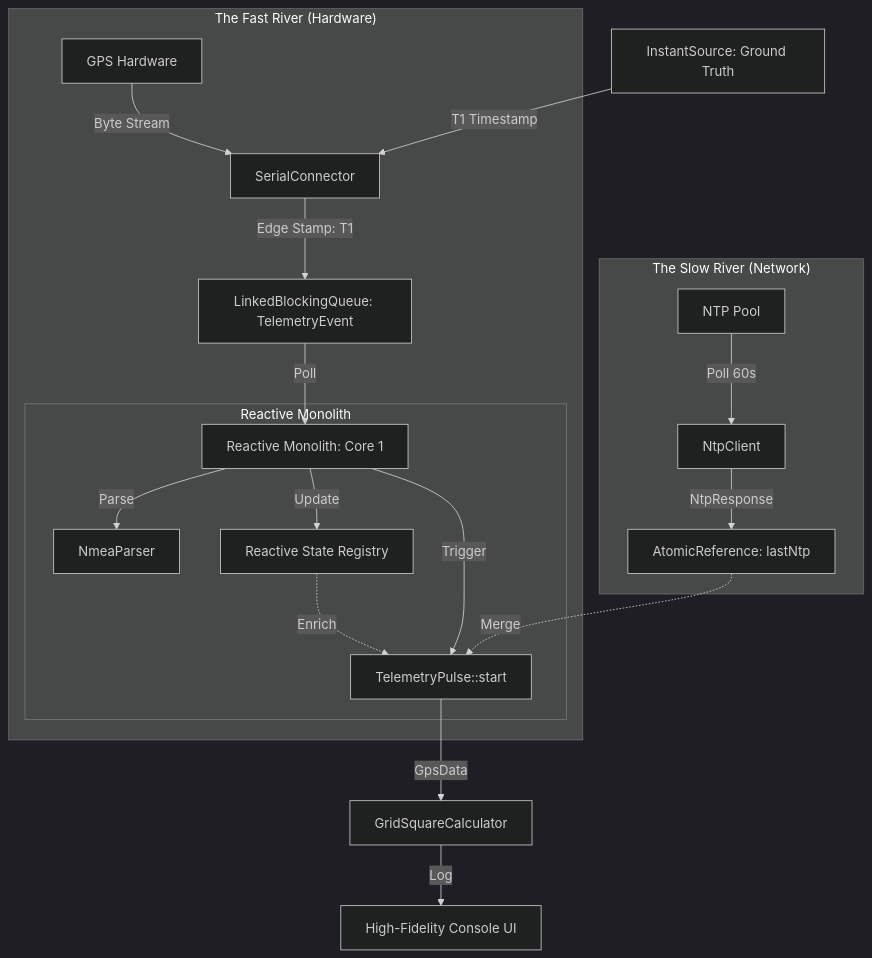
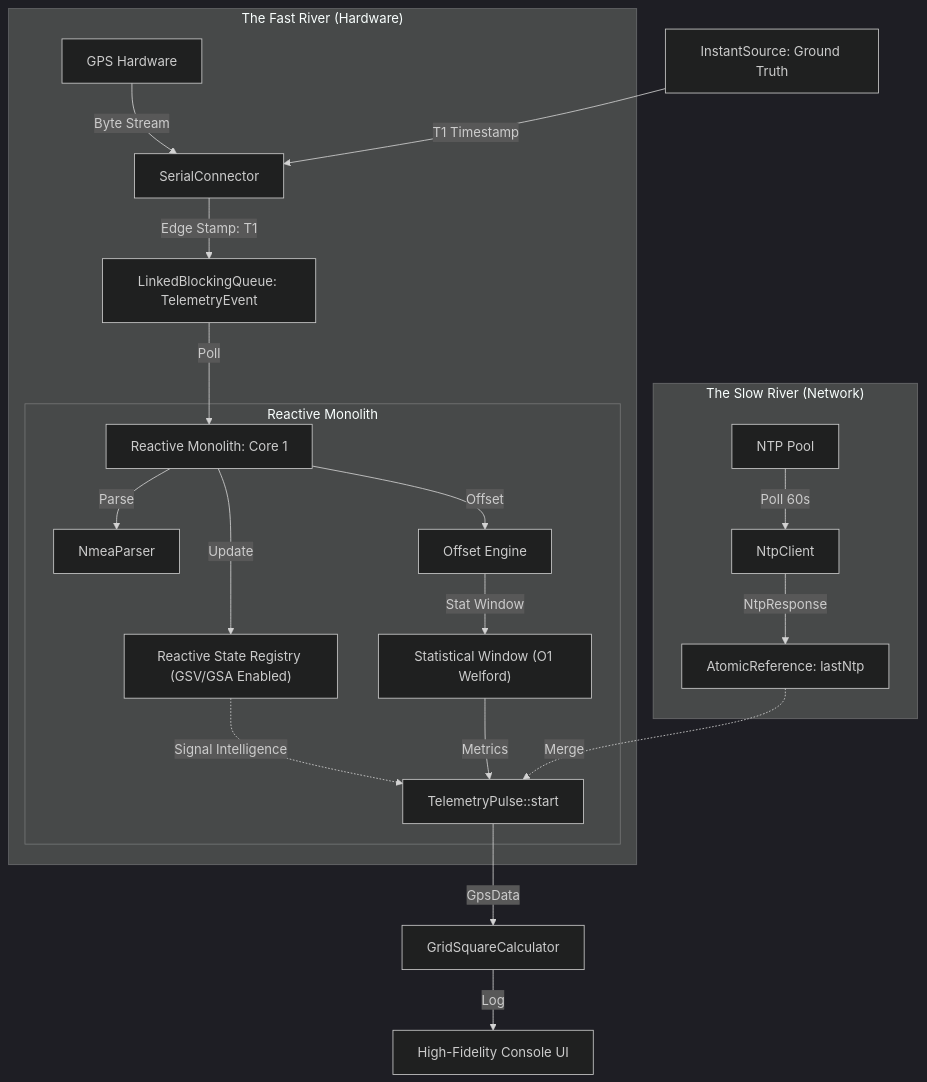
Before and after one commit to N8QQQ/qtr-qth: the fourth of 4 diagrams in docs/architecture/ARCHITECTURE.md, drawn with Mermaid (dark theme). The commit also changed other lines of this file and 85 other files, not shown here.

````diff
--- a/docs/architecture/ARCHITECTURE.md
+++ b/docs/architecture/ARCHITECTURE.md
@@ -151,25 +151,27 @@
 ```mermaid
 flowchart TD
     subgraph "The Slow River (Network)"
         NTP["NTP Pool"] --> |Poll 60s| NC["NtpClient"]
         NC --> |NtpResponse| AR["AtomicReference: lastNtp"]
     end
 
     subgraph "The Fast River (Hardware)"
         GPS["GPS Hardware"] --> |Byte Stream| SC["SerialConnector"]
         SC --> |Edge Stamp: T1| EQ["LinkedBlockingQueue: TelemetryEvent"]
         EQ --> |Poll| RM["Reactive Monolith: Core 1"]
         
         subgraph "Reactive Monolith"
             RM --> |Parse| NP["NmeaParser"]
-            RM --> |Update| SR["Reactive State Registry"]
-            RM --> |Trigger| TP["TelemetryPulse::start"]
+            RM --> |Update| SR["Reactive State Registry (GSV/GSA Enabled)"]
+            RM --> |Offset| OE["Offset Engine"]
+            OE --> |Stat Window| SW["Statistical Window (O1 Welford)"]
+            SW --> |Metrics| TP["TelemetryPulse::start"]
         end
     end
 
     CLOCK["InstantSource: Ground Truth"] --> |T1 Timestamp| SC
     AR -.-> |Merge| TP
-    SR -.-> |Enrich| TP
+    SR -.-> |Signal Intelligence| TP
     TP --> |GpsData| GS["GridSquareCalculator"]
     GS --> |Log| LOG["High-Fidelity Console UI"]
 ```
````
